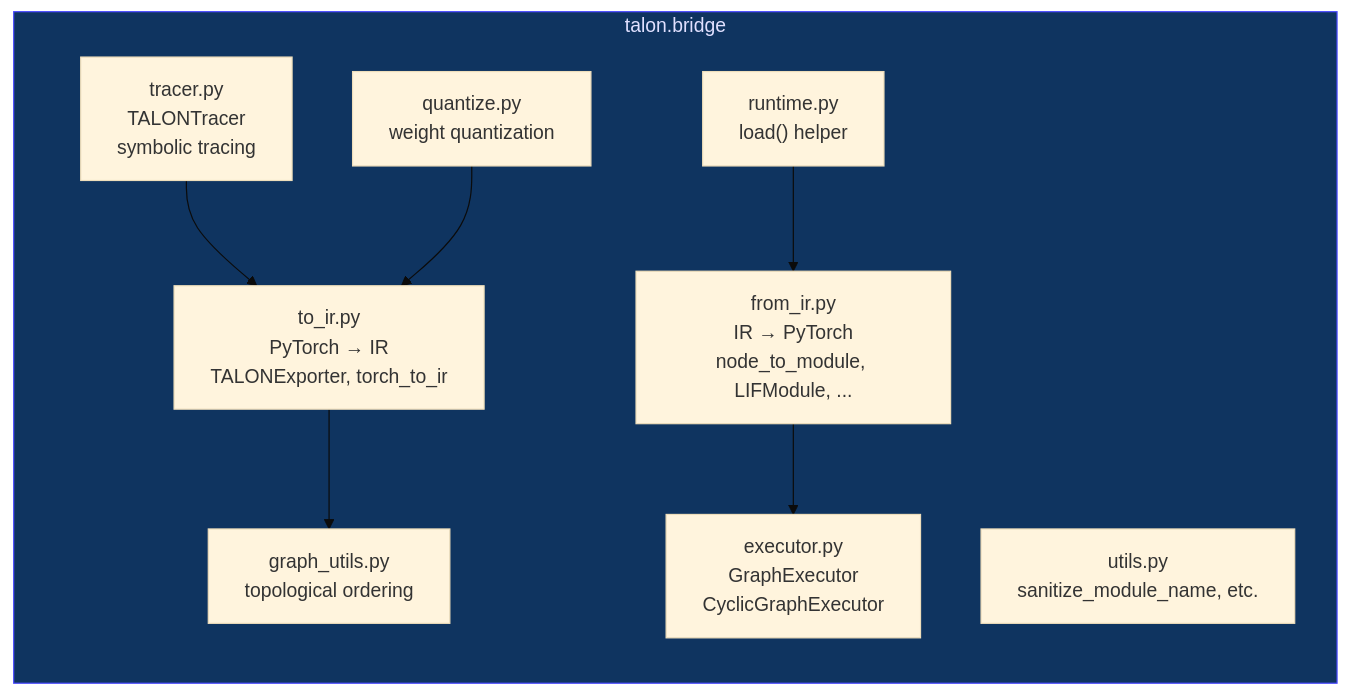
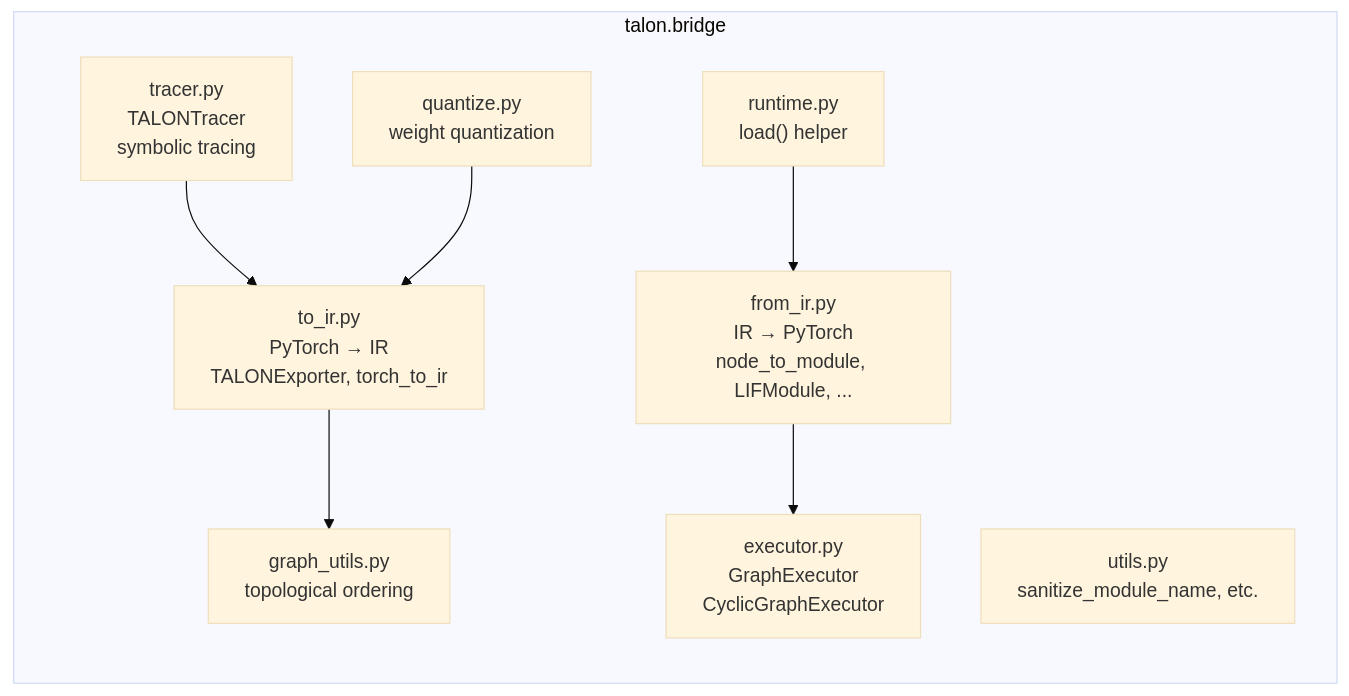
Before and after one commit to type1compute/docs: the third of 9 diagrams in docs/talon-ecosystem/architecture.md, drawn with Mermaid (base theme). The commit also changed other lines of this file and 35 other files, not shown here.

````diff
--- a/docs/talon-ecosystem/architecture.md
+++ b/docs/talon-ecosystem/architecture.md
@@ -150,21 +149,20 @@
 ```mermaid
 graph LR
     subgraph talon.bridge
         ToIR["to_ir.py<br/>PyTorch → IR<br/>TALONExporter, torch_to_ir"]
         FromIR["from_ir.py<br/>IR → PyTorch<br/>node_to_module, LIFModule, ..."]
         Executor["executor.py<br/>GraphExecutor<br/>CyclicGraphExecutor"]
         Tracer["tracer.py<br/>TALONTracer<br/>symbolic tracing"]
         Runtime["runtime.py<br/>load() helper"]
         GUtils["graph_utils.py<br/>topological ordering"]
         Quantize["quantize.py<br/>weight quantization"]
         Utils["utils.py<br/>sanitize_module_name, etc."]
     end
 
     Tracer --> ToIR
     ToIR --> GUtils
     FromIR --> Executor
     Runtime --> FromIR
     Quantize --> ToIR
 
-    style talon.bridge fill:#0f3460,color:#e0e0ff,stroke:#4a4aff
 ```
````
